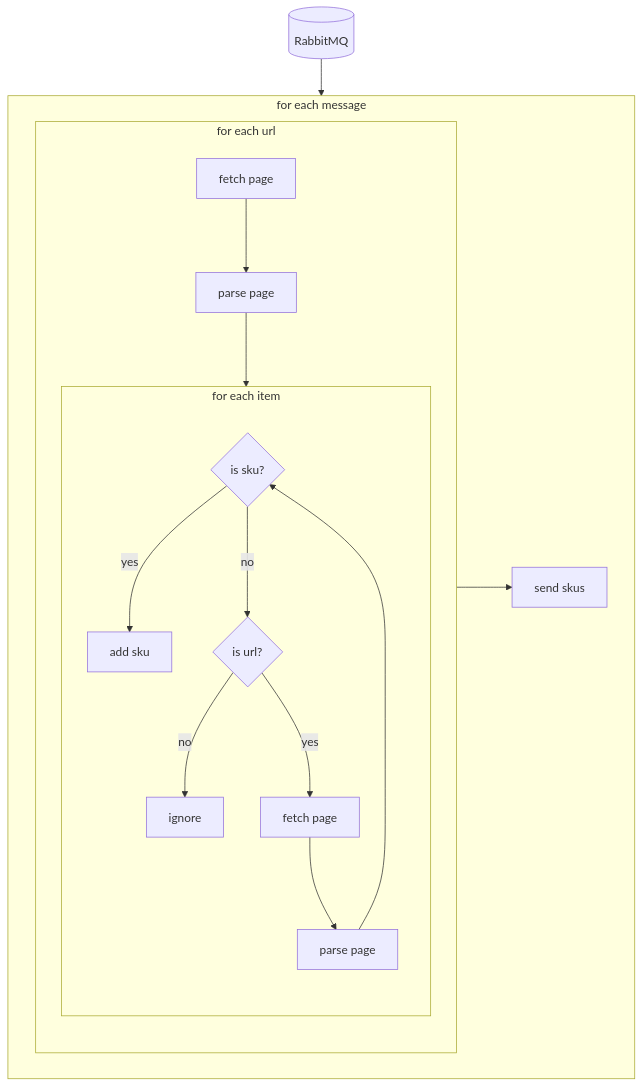
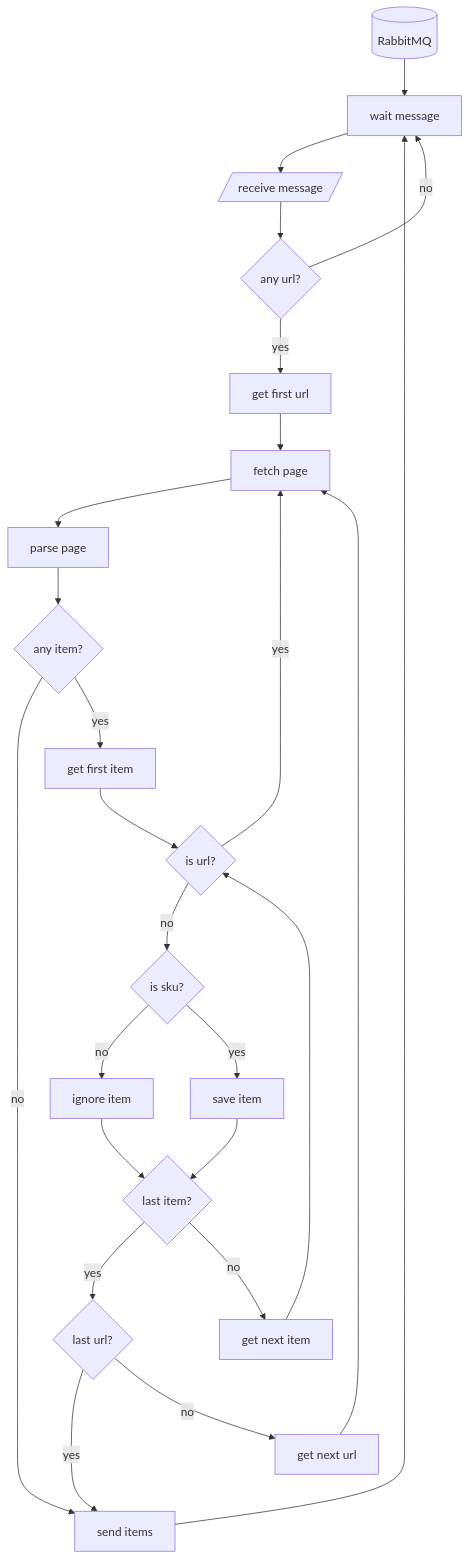
The diagram in README.md (la-catalog/page-scraper), drawn with Mermaid before and after one commit. The commit also changed 1 other file, not shown here.

````diff
--- a/README.md
+++ b/README.md
@@ -4,44 +4,61 @@
 ```mermaid
 flowchart TD
     rabbit[(RabbitMQ)]
 
-    rabbit --> for_each_message
+    wait_message[wait message]
+    get_first_url[get first url]
+    get_first_item[get first item]
+    fetch_page[fetch page]
+    parse_page[parse page]
+    ignore_item[ignore item]
+    save_item[save item]
+    get_next_item[get next item]
+    get_next_url[get next url]
+    send_items[send items]
 
-    subgraph for_each_message[for each message]
-        send_skus[send skus]
-        
-        subgraph for_each_url[for each url]
-            direction TB
-            fetch_page[fetch page]
-            parse_page[parse page]
+    receive_message[/receive message/]
 
-            fetch_page --> parse_page
+    any_url{any url?}
+    any_item{any item?}
+    is_url{is url?}
+    is_sku{is sku?}
+    last_item{last item?}
+    last_url{last url?}
 
-            parse_page --> for_each_item
+    rabbit --> wait_message
+    wait_message --> receive_message
 
-            subgraph for_each_item[for each item]
-                direction TB
+    receive_message --> any_url
 
-                add_sku[add sku]
-                ignore[ignore]
-                fetch_page2[fetch page]
-                parse_page2[parse page]
+    any_url --> |yes| get_first_url
+    any_url --> |no| wait_message
 
-                is_sku{is sku?}
-                is_url{is url?}
+    get_first_url --> fetch_page
+    fetch_page --> parse_page
+    parse_page --> any_item
 
-                is_sku --> |yes| add_sku
-                is_sku --> |no| is_url
+    any_item --> |no| send_items
+    any_item --> |yes| get_first_item
 
-                is_url --> |no| ignore
-                is_url --> |yes| fetch_page2
+    get_first_item --> is_url
 
-                fetch_page2 --> parse_page2
+    is_url --> |yes| fetch_page
+    is_url --> |no| is_sku
 
-                parse_page2 --> is_sku
-            end
-        end
+    is_sku --> |no| ignore_item
+    is_sku --> |yes| save_item
 
-        for_each_url --> send_skus
-    end
+    ignore_item --> last_item
+    save_item --> last_item
+
+    last_item --> |yes| last_url
+    last_item --> |no| get_next_item
+
+    get_next_item --> is_url
+    get_next_url --> fetch_page
+
+    last_url ---> |yes| send_items
+    last_url --> |no| get_next_url
+
+    send_items --> wait_message
 ```
````
